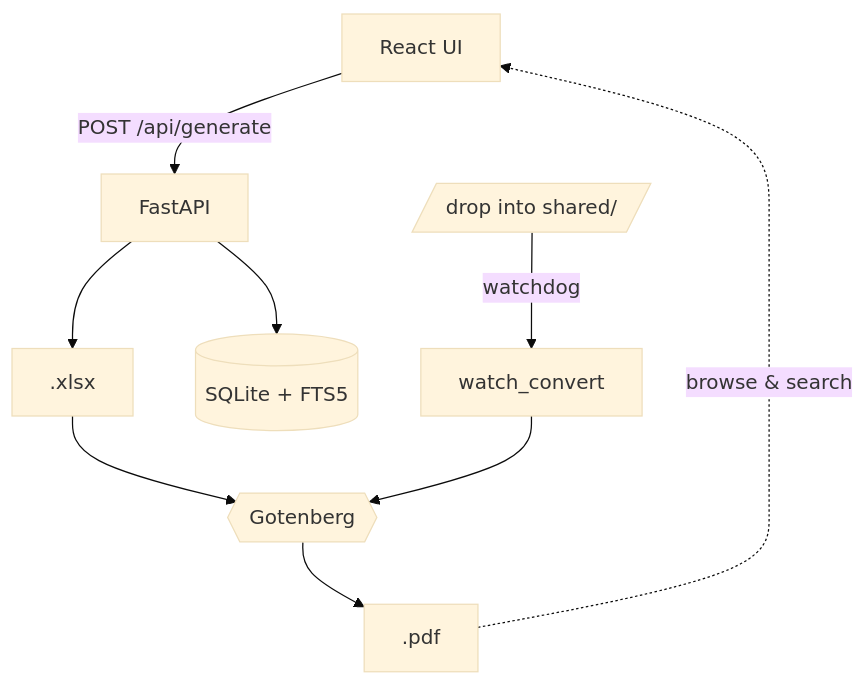
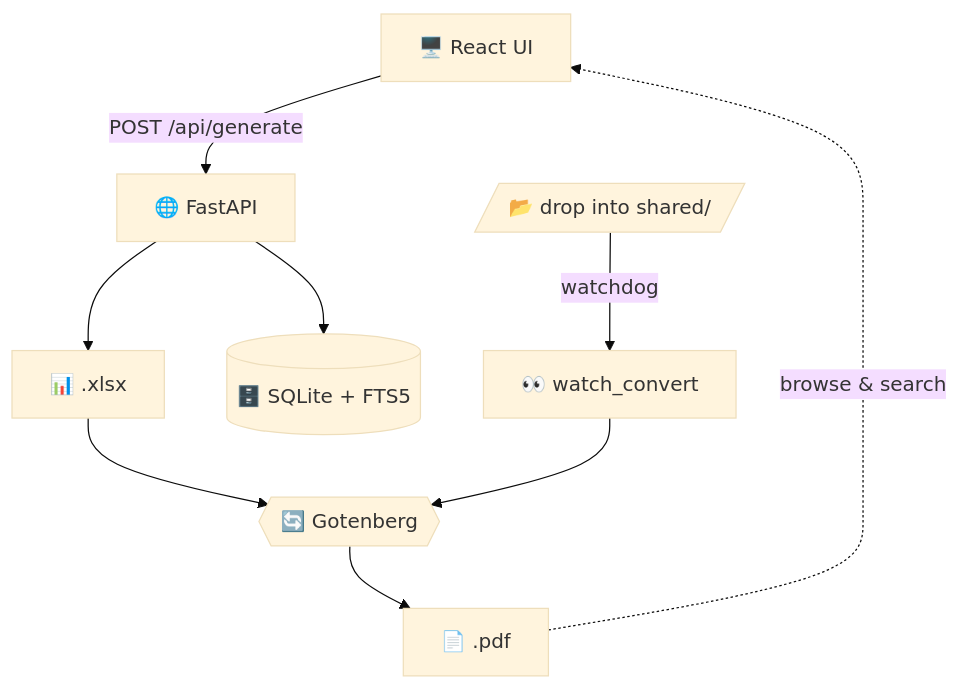
The diagram in README.en.md (yktsnet/excel-kanri), drawn with Mermaid (base theme) before and after one commit. The commit also changed 1 other file, not shown here.

Commit message:
docs: Mermaid の各ノードに絵文字を置く (#68)

````diff
--- a/README.en.md
+++ b/README.en.md
@@ -40,11 +40,11 @@
 ```mermaid
 flowchart TD
-    UI["React UI"] -->|"POST /api/generate"| API["FastAPI"]
-    SHARED[/"drop into shared/"/] -->|"watchdog"| WATCH["watch_convert"]
-    API --> XLSX[".xlsx"]
-    API --> DB[("SQLite + FTS5")]
-    XLSX --> GB{{"Gotenberg"}}
+    UI["🖥️ React UI"] -->|"POST /api/generate"| API["🌐 FastAPI"]
+    SHARED[/"📂 drop into shared/"/] -->|"watchdog"| WATCH["👀 watch_convert"]
+    API --> XLSX["📊 .xlsx"]
+    API --> DB[("🗄️ SQLite + FTS5")]
+    XLSX --> GB{{"🔄 Gotenberg"}}
     WATCH --> GB
-    GB --> PDF[".pdf"]
+    GB --> PDF["📄 .pdf"]
     PDF -.->|"browse & search"| UI
 ```
````
